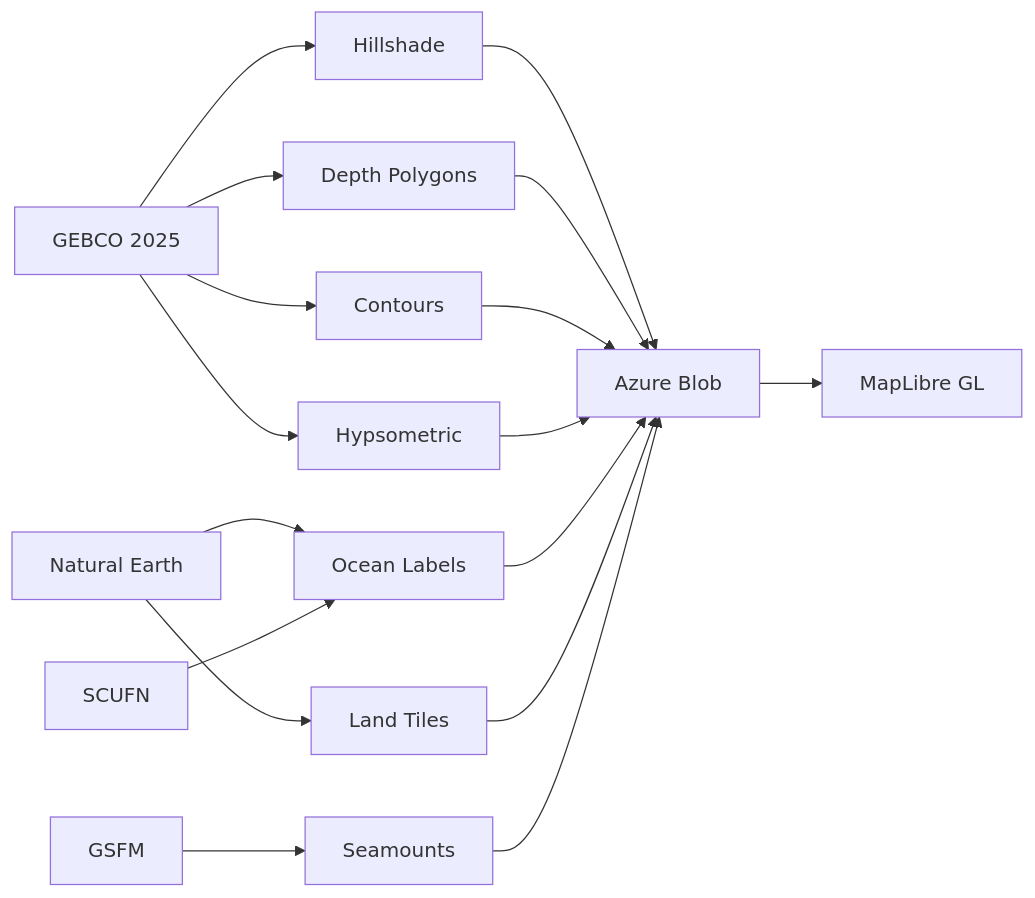
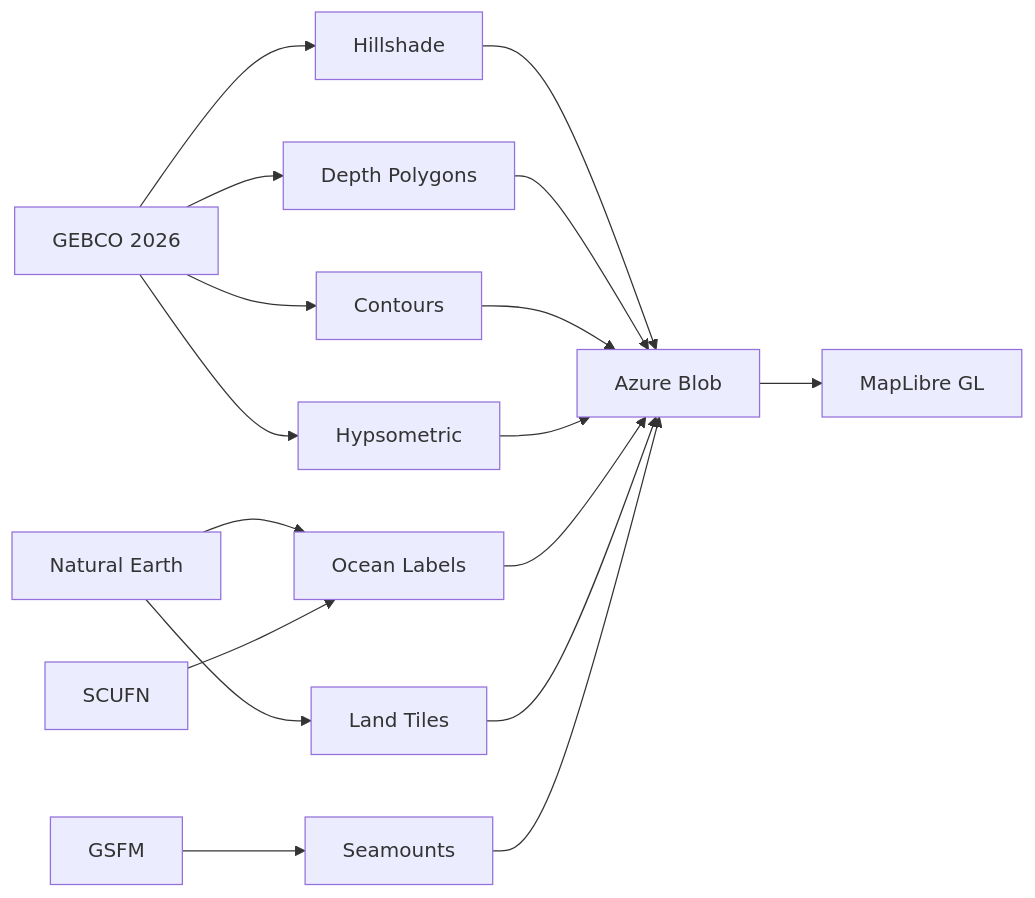
The diagram in docs/index.md (OceanStreamIO/ocean-basemap), drawn with Mermaid before and after one commit. The commit also changed other lines of this file and 29 other files, not shown here.

````diff
--- a/docs/index.md
+++ b/docs/index.md
@@ -118,13 +118,13 @@
 ```mermaid
 graph LR
-    A[GEBCO 2025] --> B[Hillshade]
+    A[GEBCO 2026] --> B[Hillshade]
     A --> C[Depth Polygons]
     A --> D[Contours]
     A --> E[Hypsometric]
     F[Natural Earth] --> G[Ocean Labels]
     F --> H[Land Tiles]
     I[SCUFN] --> G
     J[GSFM] --> K[Seamounts]
     B & C & D & E & G & H & K --> L[Azure Blob]
     L --> M[MapLibre GL]
 ```
````
